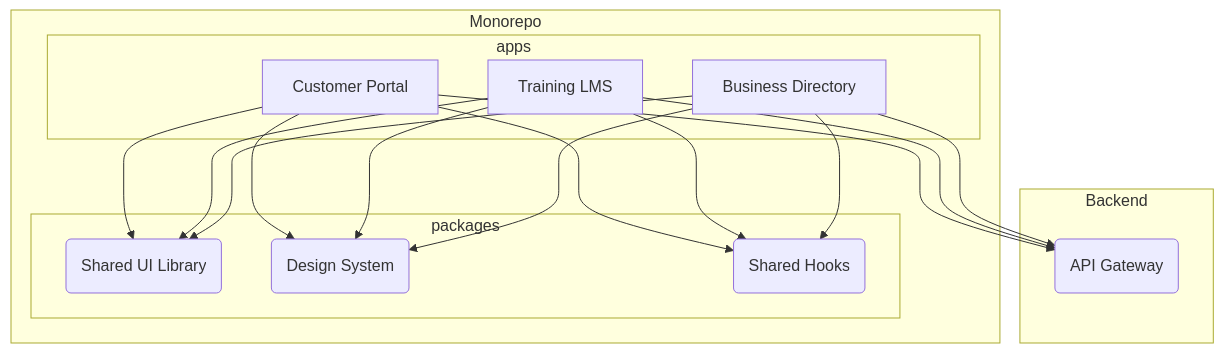
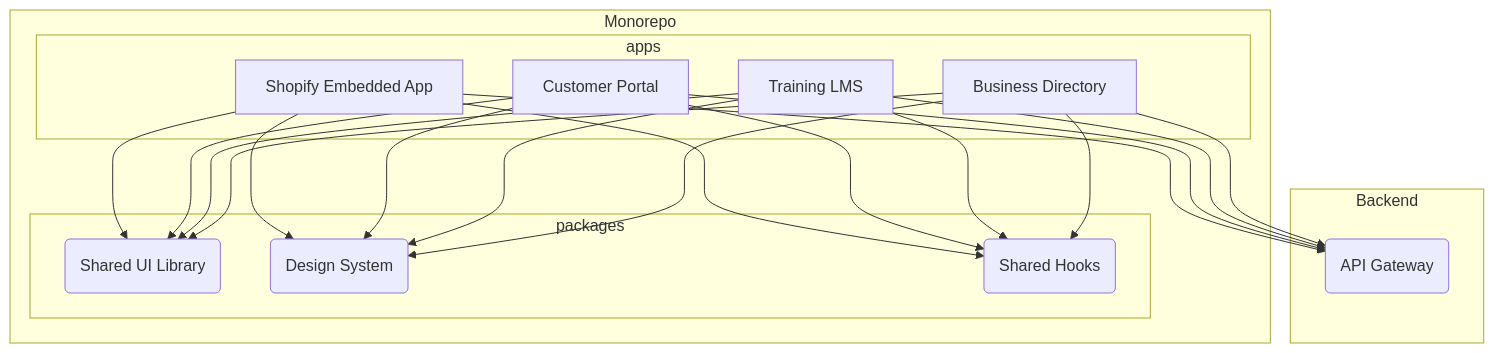
Before and after one commit to jax-a11y/skintwin-ecosystem-design: the diagram in design/frontend_architecture.md, drawn with Mermaid. The commit also changed other lines of this file and 5 other files, not shown here.

First line of the commit message:
docs: define Shopify app-first architecture with federated ERP integration

````diff
--- a/design/frontend_architecture.md
+++ b/design/frontend_architecture.md
@@ -79,36 +81,42 @@
 ```mermaid
 graph TD
     subgraph Monorepo
         subgraph apps
+            ShopifyApp[Shopify Embedded App]
             CustomerPortal[Customer Portal]
             TrainingLMS[Training LMS]
             BusinessDirectory[Business Directory]
         end
 
         subgraph packages
             SharedUI(Shared UI Library)
             DesignSystem(Design System)
             SharedHooks(Shared Hooks)
         end
     end
 
     subgraph Backend
         APIGateway(API Gateway)
     end
 
+    ShopifyApp --> SharedUI
+    ShopifyApp --> DesignSystem
+    ShopifyApp --> SharedHooks
+
     CustomerPortal --> SharedUI
     CustomerPortal --> DesignSystem
     CustomerPortal --> SharedHooks
 
     TrainingLMS --> SharedUI
     TrainingLMS --> DesignSystem
     TrainingLMS --> SharedHooks
 
     BusinessDirectory --> SharedUI
     BusinessDirectory --> DesignSystem
     BusinessDirectory --> SharedHooks
 
+    ShopifyApp --> APIGateway
     CustomerPortal --> APIGateway
     TrainingLMS --> APIGateway
     BusinessDirectory --> APIGateway
 ```
````
